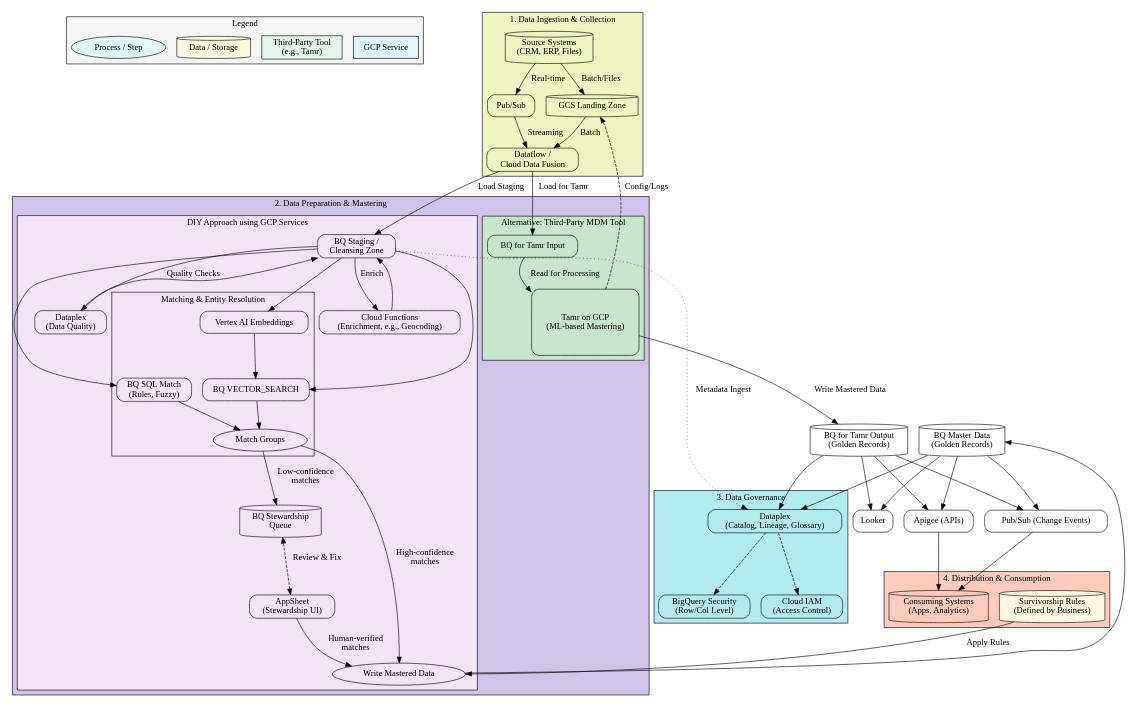
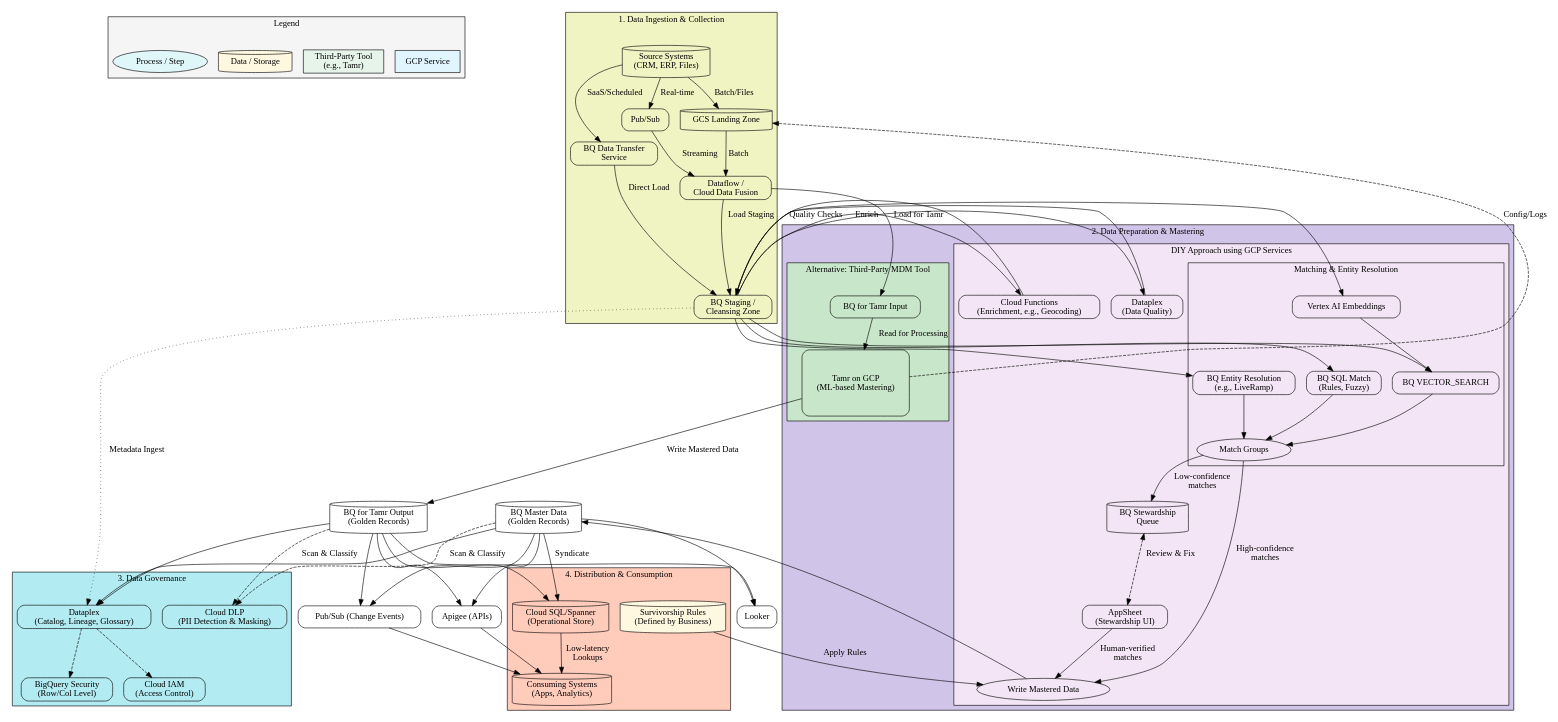
Before and after one commit to johanesalxd/mdm-gcp: the diagram in mdm_architecture.dot, drawn with Graphviz. The commit also changed 6 other files, not shown here.

```diff
--- a/mdm_architecture.dot
+++ b/mdm_architecture.dot
@@ -1,142 +1,156 @@
 digraph GCP_MDM_Blueprint_Enhanced {
   rankdir=TB;
   node [shape=box, style=rounded];
   compound=true;
 
   subgraph cluster_legend {
     label = "Legend";
     style=filled;
     fillcolor="#F5F5F5";
 GCP_Service [label="GCP Service", fillcolor="#E1F5FE", style="filled,solid"];
     Third_Party [label="Third-Party Tool\n(e.g., Tamr)", fillcolor="#E6F4EA", style="filled,solid"];
     Data_Storage [label="Data / Storage", shape=cylinder, fillcolor="#FFF8E1", style="filled,solid"];
     Process_Step [label="Process / Step", shape=ellipse, fillcolor="#E0F7FA", style="filled,solid"];
 }
 
   // New node for survivorship rules, defined by business
   Survivorship_Rules [label="Survivorship Rules\n(Defined by Business)", shape=cylinder, fillcolor="#FFF8E1", style="filled,solid"];
 
   subgraph cluster_ingestion {
     label = "1. Data Ingestion & Collection";
     bgcolor="#F0F4C3";
 Sources [label="Source Systems\n(CRM, ERP, Files)", shape=cylinder, fillcolor="#FFF8E1"];
     GCS_Landing [label="GCS Landing Zone", shape=cylinder, fillcolor="#FFF8E1"];
     PubSub [label="Pub/Sub", fillcolor="#E1F5FE"];
 Dataflow [label="Dataflow / \nCloud Data Fusion", fillcolor="#E1F5FE"];
+    BQ_DataTransfer [label="BQ Data Transfer\nService", fillcolor="#E1F5FE"];
 
     Sources -> GCS_Landing [label="Batch/Files"];
     Sources -> PubSub [label="Real-time"];
+    Sources -> BQ_DataTransfer [label="SaaS/Scheduled"];
     PubSub -> Dataflow [label="Streaming"];
 GCS_Landing -> Dataflow [label="Batch"];
+    BQ_DataTransfer -> BQ_Staging [label="Direct Load"];
   }
 
   subgraph cluster_processing {
     label = "2. Data Preparation & Mastering";
     bgcolor="#D1C4E9";
 subgraph cluster_diy {
         label = "DIY Approach using GCP Services";
         bgcolor="#F3E5F5";
 BQ_Staging [label="BQ Staging / \nCleansing Zone", fillcolor="#E1F5FE"];
         Dataplex_DQ [label="Dataplex\n(Data Quality)", fillcolor="#E1F5FE"];
         CloudFunctions [label="Cloud Functions\n(Enrichment, e.g., Geocoding)", fillcolor="#E1F5FE"];
 
         // --- New Stewardship Nodes ---
         AppSheet_UI [label="AppSheet\n(Stewardship UI)", fillcolor="#E1F5FE"];
         BQ_Stewardship_Queue [label="BQ Stewardship\nQueue", shape=cylinder, fillcolor="#FFF8E1"];
         Write_Mastered_Data [label="Write Mastered Data", shape=ellipse, fillcolor="#E0F7FA"];
         // --- End New Nodes ---
 
 subgraph cluster_matching {
             label = "Matching & Entity Resolution";
 BQ_SQL_Match [label="BQ SQL Match\n(Rules, Fuzzy)", fillcolor="#E1F5FE"];
             VertexAI_Embed [label="Vertex AI Embeddings", fillcolor="#E1F5FE"];
             BQ_VectorSearch [label="BQ VECTOR_SEARCH", fillcolor="#E1F5FE"];
+            BQ_EntityRes [label="BQ Entity Resolution\n(e.g., LiveRamp)", fillcolor="#E1F5FE"];
             Match_Results [label="Match Groups", shape=ellipse, fillcolor="#E0F7FA"];
 }
 
         BQ_Golden [label="BQ Master Data\n(Golden Records)", shape=cylinder, fillcolor="#FFF8E1"];
 BQ_Staging -> Dataplex_DQ [label="Quality Checks"];
         Dataplex_DQ -> BQ_Staging;
         BQ_Staging -> CloudFunctions [label="Enrich"];
         CloudFunctions -> BQ_Staging;
 
         BQ_Staging -> BQ_SQL_Match;
 BQ_Staging -> VertexAI_Embed -> BQ_VectorSearch;
         BQ_Staging -> BQ_VectorSearch;
+        BQ_Staging -> BQ_EntityRes;
 
         BQ_SQL_Match -> Match_Results;
         BQ_VectorSearch -> Match_Results;
+        BQ_EntityRes -> Match_Results;
 
         // --- Modified DIY Data Flow ---
         // High-confidence matches go straight to writing
         Match_Results -> Write_Mastered_Data [label="High-confidence\nmatches"];
 
         // Low-confidence matches go to the human-in-the-loop queue
         Match_Results -> BQ_Stewardship_Queue [label="Low-confidence\nmatches"];
 
         // The AppSheet UI reads/writes to the queue
         BQ_Stewardship_Queue -> AppSheet_UI [dir=both, style=dashed, label="Review & Fix"];
 
         // Verified matches are fed back into the write process
         AppSheet_UI -> Write_Mastered_Data [label="Human-verified\nmatches"];
 
         // The write process applies survivorship rules and creates the golden record
         Write_Mastered_Data -> BQ_Golden;
         // --- End Modified Flow ---
     }
 
     subgraph cluster_tamr {
         label = "Alternative: Third-Party MDM Tool";
 bgcolor="#C8E6C9";
         Tamr [label="Tamr on GCP\n(ML-based Mastering)", fillcolor="#E6F4EA", height=1.5];
         BQ_Tamr_Source [label="BQ for Tamr Input", fillcolor="#E1F5FE"];
 BQ_Tamr_Output [label="BQ for Tamr Output\n(Golden Records)", shape=cylinder, fillcolor="#FFF8E1"];
 
         BQ_Tamr_Source -> Tamr [label="Read for Processing"];
         Tamr -> BQ_Tamr_Output [label="Write Mastered Data"];
 Tamr -> GCS_Landing [style=dashed, label="Config/Logs"];
     }
 
     Dataflow -> BQ_Staging [label="Load Staging"];
     Dataflow -> BQ_Tamr_Source [label="Load for Tamr"];
 }
 
   subgraph cluster_governance {
     label = "3. Data Governance";
     bgcolor="#B2EBF2";
     Dataplex_Catalog [label="Dataplex\n(Catalog, Lineage, Glossary)", fillcolor="#E1F5FE"];
 IAM [label="Cloud IAM\n(Access Control)", fillcolor="#E1F5FE"];
     BQ_Security [label="BigQuery Security\n(Row/Col Level)", fillcolor="#E1F5FE"];
+    Cloud_DLP [label="Cloud DLP\n(PII Detection & Masking)", fillcolor="#E1F5FE"];
 
     BQ_Golden -> Dataplex_Catalog;
     BQ_Tamr_Output -> Dataplex_Catalog;
+    BQ_Golden -> Cloud_DLP [style=dashed, label="Scan & Classify"];
+    BQ_Tamr_Output -> Cloud_DLP [style=dashed, label="Scan & Classify"];
     Dataplex_Catalog -> IAM [style=dashed];
 Dataplex_Catalog -> BQ_Security [style=dashed];
   }
 
   subgraph cluster_distribution {
     label = "4. Distribution & Consumption";
     bgcolor="#FFCCBC";
 Consuming_Systems [label="Consuming Systems\n(Apps, Analytics)", shape=cylinder, fillcolor="#E8F5E9"];
     Looker [label="Looker", fillcolor="#E1F5FE"];
     Apigee [label="Apigee (APIs)", fillcolor="#E1F5FE"];
     PubSub_Changes [label="Pub/Sub (Change Events)", fillcolor="#E1F5FE"];
+    CloudSQL_Spanner [label="Cloud SQL/Spanner\n(Operational Store)", shape=cylinder, fillcolor="#FFF8E1"];
+
 BQ_Golden -> Looker;
     BQ_Golden -> Apigee -> Consuming_Systems;
     BQ_Golden -> PubSub_Changes -> Consuming_Systems;
+    BQ_Golden -> CloudSQL_Spanner [label="Syndicate"];
+    CloudSQL_Spanner -> Consuming_Systems [label="Low-latency\nLookups"];
 
     BQ_Tamr_Output -> Looker;
     BQ_Tamr_Output -> Apigee;
 BQ_Tamr_Output -> PubSub_Changes;
+    BQ_Tamr_Output -> CloudSQL_Spanner;
 
     // Connect rules to the new write step
     Survivorship_Rules -> Write_Mastered_Data [label="Apply Rules"];
 }
 
   // Connections between main stages
   BQ_Staging -> Dataplex_Catalog [style=dotted, label="Metadata Ingest"];
 
   // Layout hints
   {rank=same; BQ_Golden; BQ_Tamr_Output}
   {rank=same; Looker; Apigee; PubSub_Changes}
 }
```
